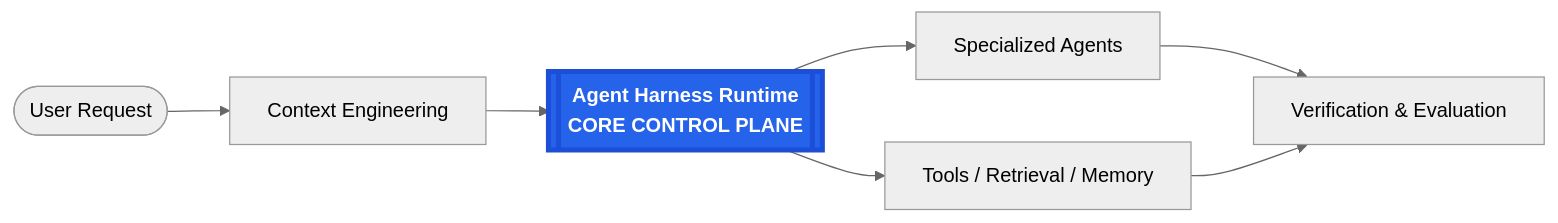
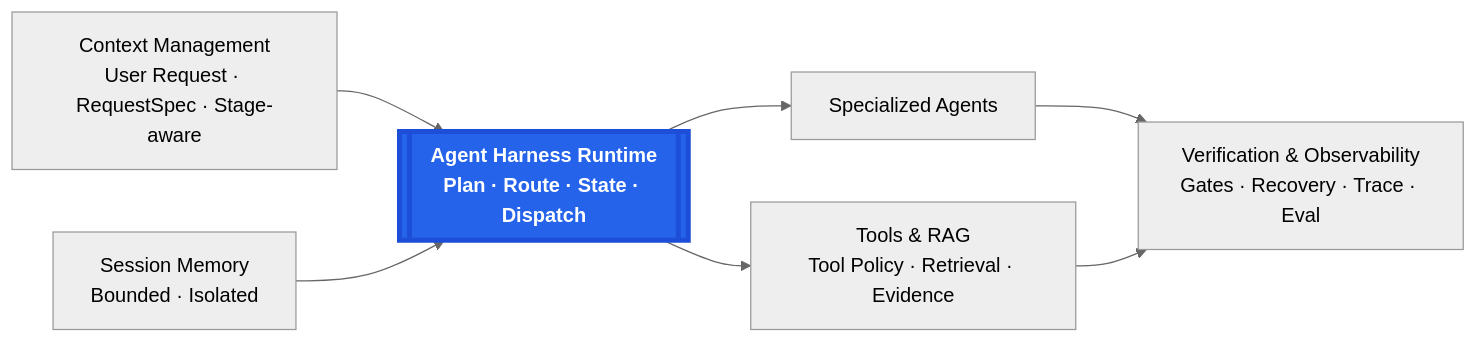
The diagram in README.md (young-svg/medagent-harness), drawn with Mermaid (neutral theme) before and after one commit. The commit also changed other lines of this file and 10 other files, not shown here.

Commit message:
Clarify session memory and agent architecture

````diff
--- a/README.md
+++ b/README.md
@@ -15,18 +15,19 @@
 ```mermaid
 flowchart LR
-    REQUEST(["User Request"])
-    CONTEXT["Context Engineering"]
-    HARNESS[["Agent Harness Runtime<br/>CORE CONTROL PLANE"]]
+    CONTEXT["Context Management<br/>User Request · RequestSpec · Stage-aware"]
+    MEMORY["Session Memory<br/>Bounded · Isolated"]
+    HARNESS[["Agent Harness Runtime<br/>Plan · Route · State · Dispatch"]]
     AGENTS["Specialized Agents"]
-    CAPABILITIES["Tools / Retrieval / Memory"]
-    VERIFY["Verification & Evaluation"]
+    CAPABILITIES["Tools & RAG<br/>Tool Policy · Retrieval · Evidence"]
+    VERIFY["Verification & Observability<br/>Gates · Recovery · Trace · Eval"]
 
-    REQUEST --> CONTEXT --> HARNESS
+    CONTEXT --> HARNESS
+    MEMORY --> HARNESS
     HARNESS --> AGENTS
     HARNESS --> CAPABILITIES
     AGENTS --> VERIFY
     CAPABILITIES --> VERIFY
 
     classDef core fill:#2563eb,stroke:#1d4ed8,stroke-width:4px,color:#ffffff,font-weight:700
     class HARNESS core
 ```
````
